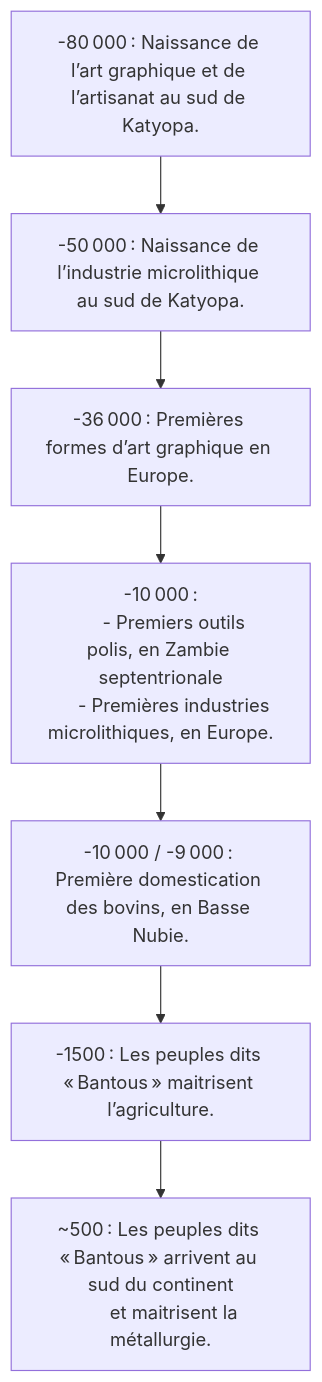
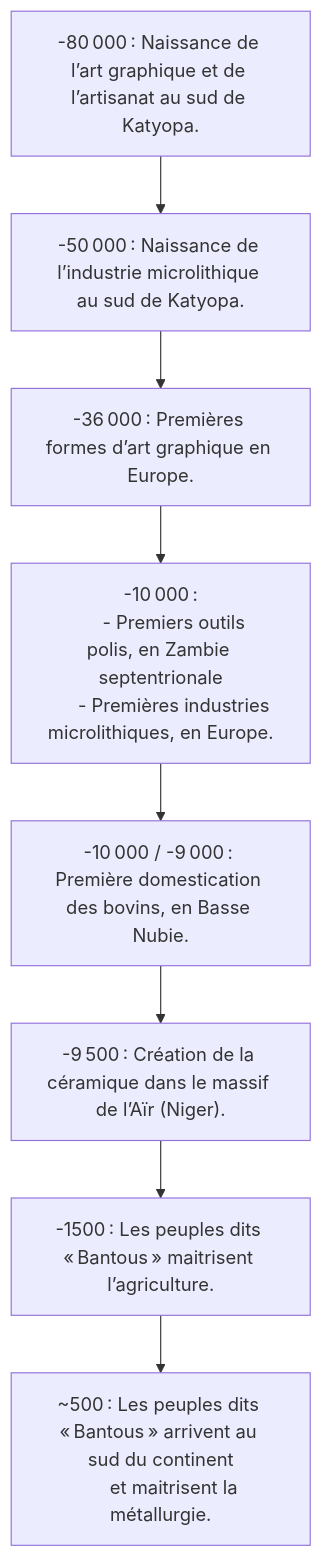
Before and after one commit to ba-moun/Ba-Moun-Save: the diagram in en-cours/histoire/avancées-technologiques.md, drawn with Mermaid. The commit also changed other lines of this file, not shown here.

Commit message:
docs: update en-cours/histoire/avancées-technologiques

````diff
--- a/en-cours/histoire/avancées-technologiques.md
+++ b/en-cours/histoire/avancées-technologiques.md
@@ -15,22 +15,24 @@
 ```mermaid
 flowchart TB
    graphicArts["-80 000 : Naissance de l’art graphique et de l’artisanat au sud de Katyopa."]
    
    technocomplex["-50 000 : Naissance de l’industrie microlithique au sud de Katyopa."]
    
    graphicArtsInEu["-36 000 : Premières formes d’art graphique en Europe."]
    
    technocomplexInEu["-10 000 :
       - Premiers outils polis, en Zambie septentrionale
       - Premières industries microlithiques, en Europe."]
    
    cattleDomestication["-10 000 / -9 000 : Première domestication des bovins, en Basse Nubie."]
+   
+   ceramicCreationDate["-9 500 : Création de la céramique dans le massif de l’Aïr (Niger)."]
 
    agriculture["-1500 : Les peuples dits « Bantous » maitrisent l’agriculture."]
    
    metalworkingIndustry["~500 : Les peuples dits « Bantous » arrivent au sud du continent
       et maitrisent la métallurgie."]
       
-   graphicArts --> technocomplex --> graphicArtsInEu --> technocomplexInEu --> cattleDomestication --> agriculture --> metalworkingIndustry
+   graphicArts --> technocomplex --> graphicArtsInEu --> technocomplexInEu --> cattleDomestication --> ceramicCreationDate --> agriculture --> metalworkingIndustry
    
 ```
````
